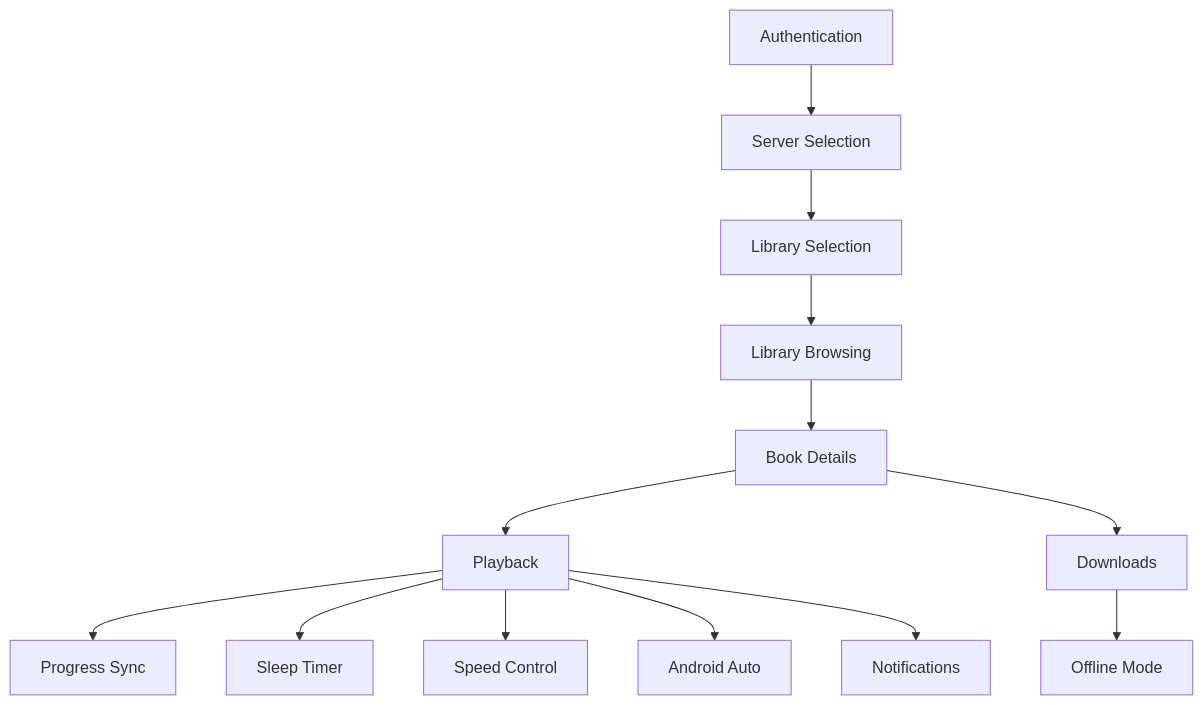
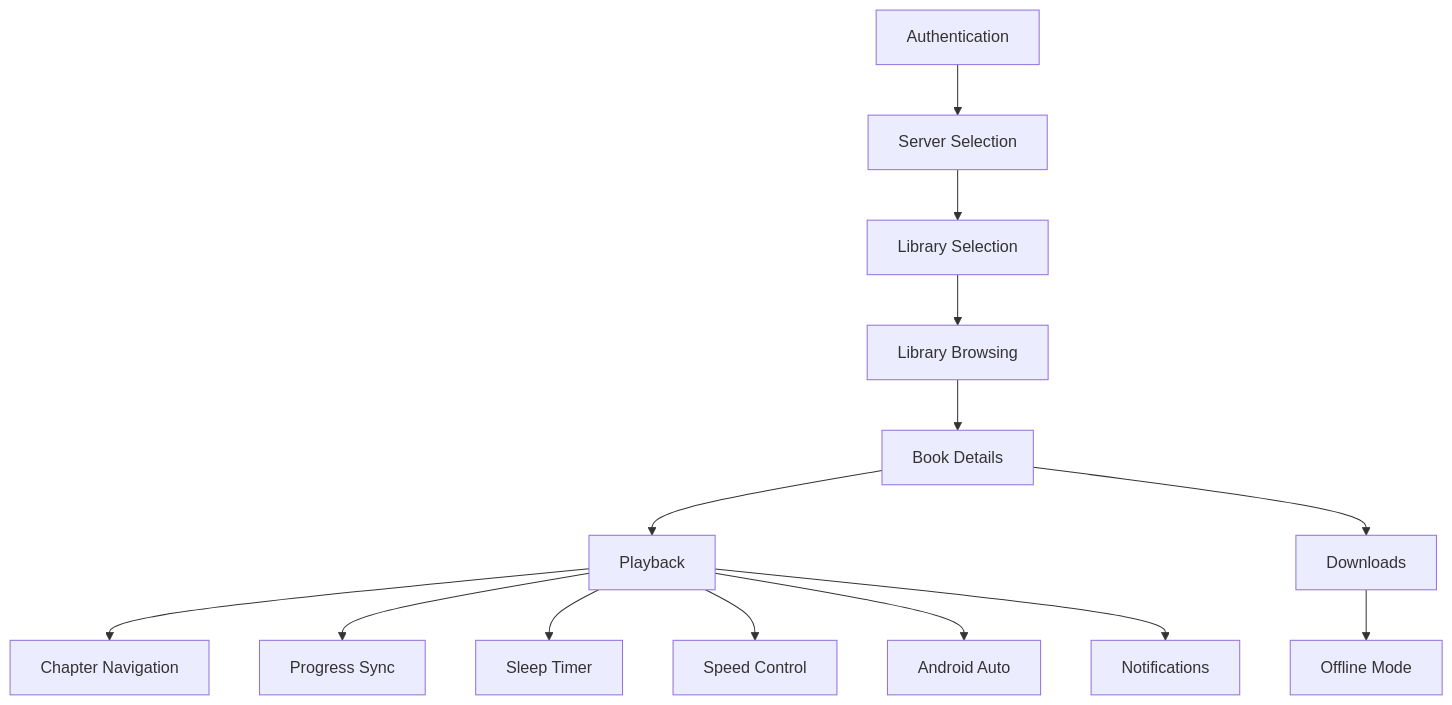
Before and after one commit to fabiogermann/chronicle: the second of 2 diagrams in docs/FEATURES.md, drawn with Mermaid. The commit also changed other lines of this file and 1 other file, not shown here.

Commit message:
docs: documented chapters

````diff
--- a/docs/FEATURES.md
+++ b/docs/FEATURES.md
@@ -132,15 +144,16 @@
 ```mermaid
 graph TD
     Auth[Authentication] --> Server[Server Selection]
     Server --> Library[Library Selection]
     Library --> Browse[Library Browsing]
     Browse --> Details[Book Details]
     Details --> Play[Playback]
     Details --> Download[Downloads]
+    Play --> Chapters[Chapter Navigation]
     Play --> Progress[Progress Sync]
     Play --> Sleep[Sleep Timer]
     Play --> Speed[Speed Control]
     Download --> Offline[Offline Mode]
     Play --> Auto[Android Auto]
     Play --> Notification[Notifications]
 ```
````
